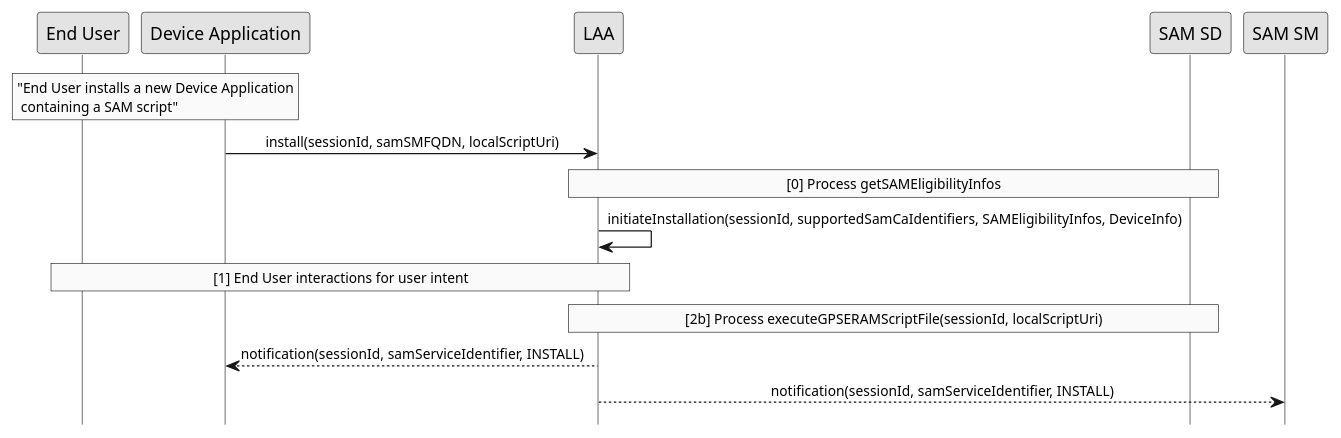
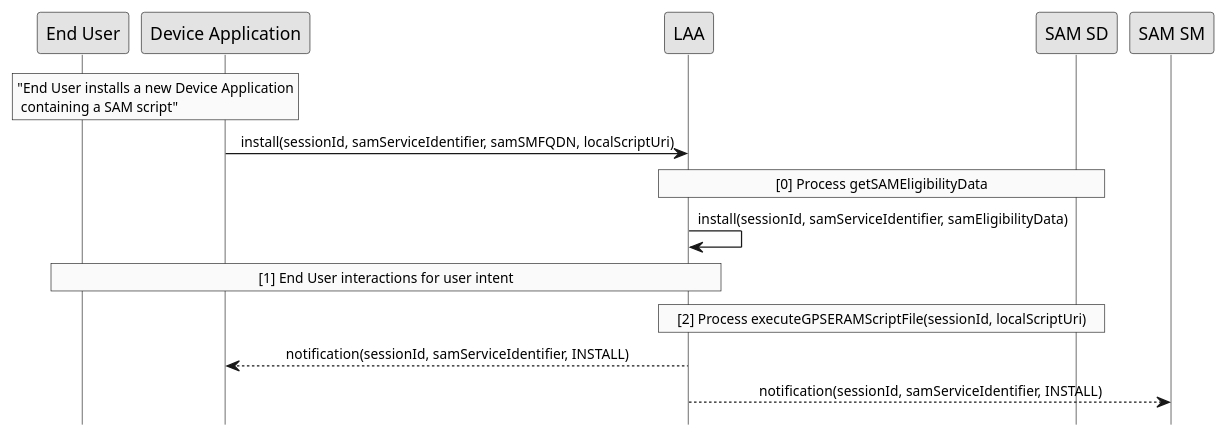
Before and after one commit to GlobalPlatform/LAA-SAM_SM-Interface: the diagram in doc/uml/install-local.pu, drawn with PlantUML. The commit also changed 10 other files, not shown here.

```diff
--- a/doc/uml/install-local.pu
+++ b/doc/uml/install-local.pu
@@ -1,35 +1,35 @@
 @startuml
 
 hide footbox
 skinparam sequenceMessageAlign center
 skinparam sequenceArrowFontSize 11
 skinparam noteFontSize 11
 skinparam monochrome true
 skinparam lifelinestrategy solid
 
 
 rnote over "End User", "Device Application"
      "End User installs a new Device Application
       containing a SAM script"
 end rnote
 
-"Device Application" -> LAA : install(sessionId, samSMFQDN, localScriptUri)
+"Device Application" -> LAA : install(sessionId, samServiceIdentifier, samSMFQDN, localScriptUri)
 
 rnote over "LAA", "SAM SD"
-     [0] Process getSAMEligibilityInfos
+     [0] Process getSAMEligibilityData
 end rnote
 
-"LAA" -> "LAA" : initiateInstallation(sessionId, supportedSamCaIdentifiers, SAMEligibilityInfos, DeviceInfo)
+"LAA" -> "LAA" : install(sessionId, samServiceIdentifier, samEligibilityData)
 
 rnote over "LAA", "End User"
      [1] End User interactions for user intent
 end rnote
 
 rnote over "LAA", "SAM SD"
-     [2b] Process executeGPSERAMScriptFile(sessionId, localScriptUri)
+     [2] Process executeGPSERAMScriptFile(sessionId, localScriptUri)
 end rnote
 
 LAA --> "Device Application" : notification(sessionId, samServiceIdentifier, INSTALL)
 
 LAA --> "SAM SM" : notification(sessionId, samServiceIdentifier, INSTALL)
 @enduml
```
